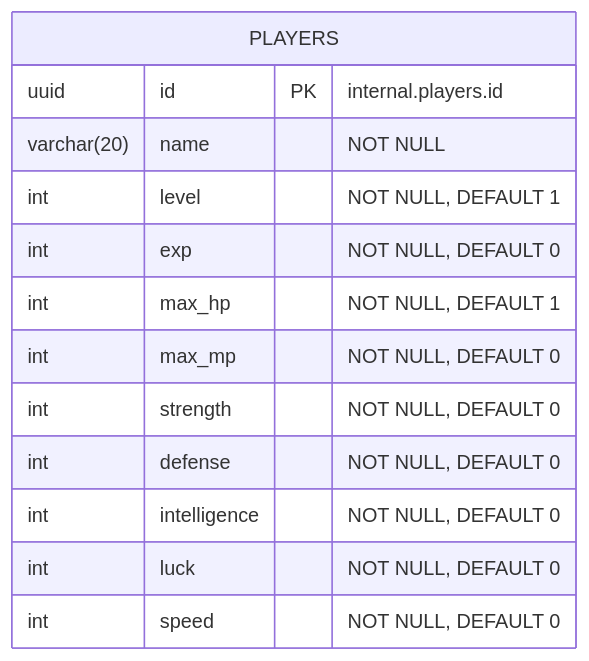
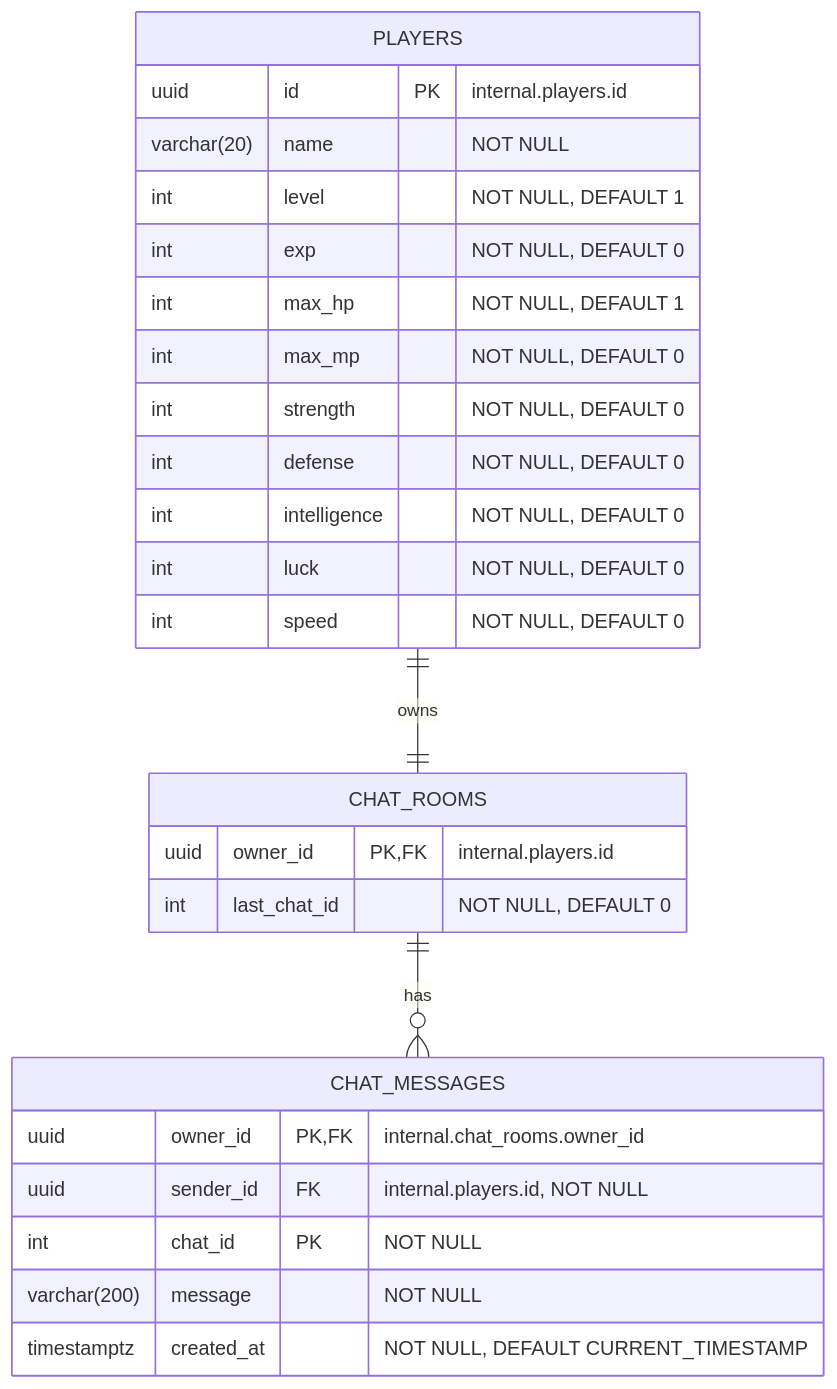
Before and after one commit to ayumu203/nisekue: the diagram in docs/02_ER図.mmd, drawn with Mermaid. The commit also changed 1 other file, not shown here.

```diff
--- a/docs/02_ER図.mmd
+++ b/docs/02_ER図.mmd
@@ -1,14 +1,28 @@
 erDiagram
     PLAYERS {
         uuid id PK "internal.players.id"
         varchar(20) name "NOT NULL"
         int level "NOT NULL, DEFAULT 1"
         int exp "NOT NULL, DEFAULT 0"
         int max_hp "NOT NULL, DEFAULT 1"
         int max_mp "NOT NULL, DEFAULT 0"
         int strength "NOT NULL, DEFAULT 0"
         int defense "NOT NULL, DEFAULT 0"
         int intelligence "NOT NULL, DEFAULT 0"
         int luck "NOT NULL, DEFAULT 0"
         int speed "NOT NULL, DEFAULT 0"
     }
+    CHAT_ROOMS {
+        uuid owner_id PK, FK "internal.players.id"
+        int last_chat_id "NOT NULL, DEFAULT 0"
+    }
+    CHAT_MESSAGES {
+        uuid owner_id PK, FK "internal.chat_rooms.owner_id"
+        uuid sender_id FK "internal.players.id, NOT NULL"
+        int chat_id PK "NOT NULL"
+        varchar(200) message "NOT NULL"
+        timestamptz created_at "NOT NULL, DEFAULT CURRENT_TIMESTAMP"
+    }
+
+    PLAYERS ||--|| CHAT_ROOMS : owns
+    CHAT_ROOMS ||--o{ CHAT_MESSAGES : has
```
